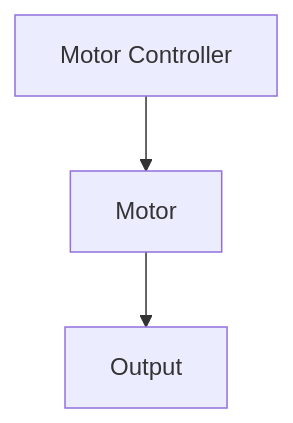
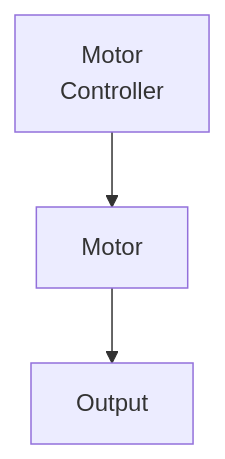
Before and after one commit to Team4079/4079-Software-Training: the diagram in Writerside/topics/Controls/Feedforward-Open-Loop.md, drawn with Mermaid. The commit also changed other lines of this file and 10 other files, not shown here.

````diff
--- a/Writerside/topics/Controls/Feedforward-Open-Loop.md
+++ b/Writerside/topics/Controls/Feedforward-Open-Loop.md
@@ -11,5 +11,5 @@
 ```mermaid
 graph TD
-    A[Motor Controller] --> B[Motor]
+    A[Motor<br>Controller] --> B[Motor]
     B --> C[Output]
 ```
````
